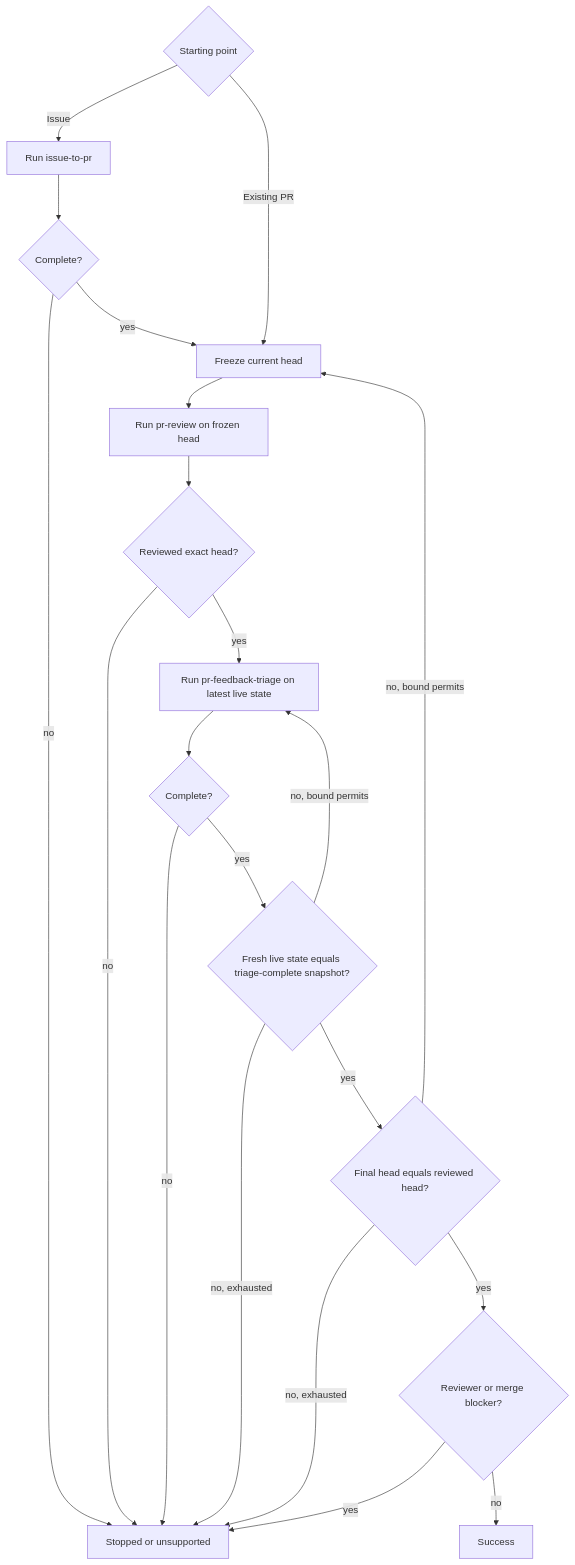
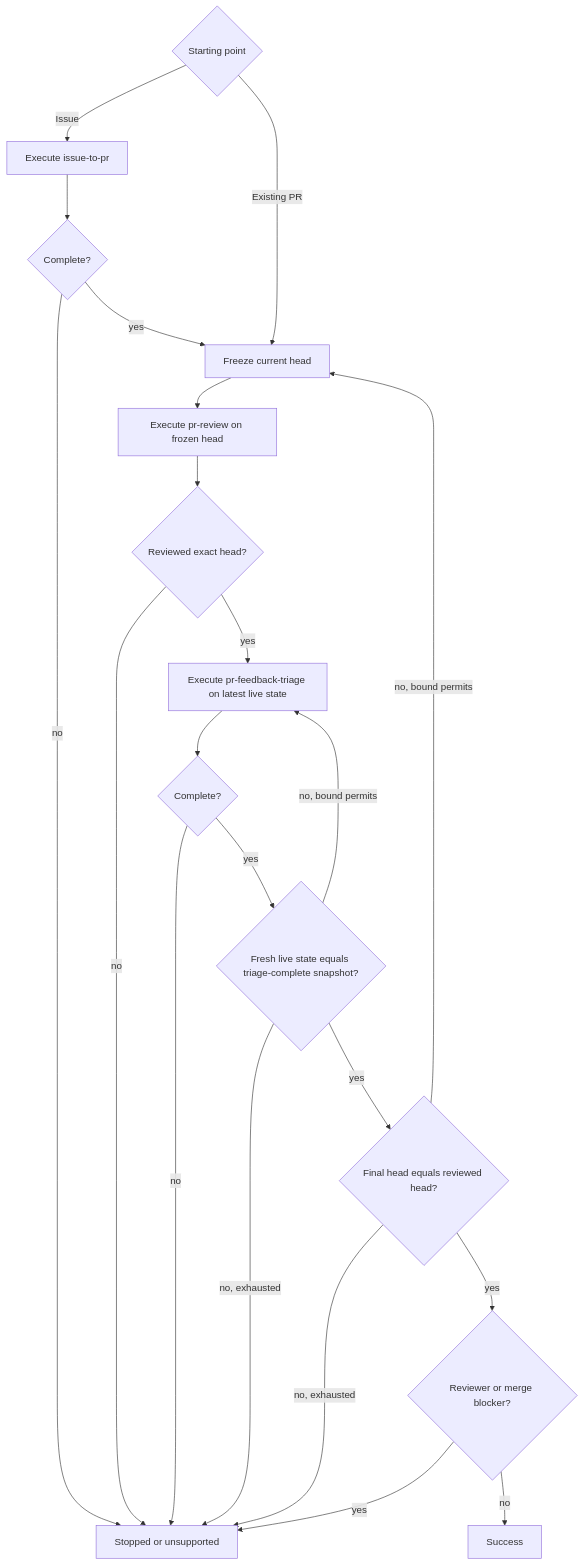
Before and after one commit to dceoy/pr-loop: the diagram in skills/pr-loop/SKILL.md, drawn with Mermaid. The commit also changed other lines of this file, not shown here.

````diff
--- a/skills/pr-loop/SKILL.md
+++ b/skills/pr-loop/SKILL.md
@@ -34,23 +35,23 @@
 ```mermaid
 flowchart TD
-  S{Starting point} -->|Issue| I[Run issue-to-pr]
+  S{Starting point} -->|Issue| I[Execute issue-to-pr]
   S -->|Existing PR| A[Freeze current head]
   I --> J{Complete?}
   J -->|no| X[Stopped or unsupported]
   J -->|yes| A
-  A --> B[Run pr-review on frozen head]
+  A --> B[Execute pr-review on frozen head]
   B --> C{Reviewed exact head?}
   C -->|no| X
-  C -->|yes| D[Run pr-feedback-triage on latest live state]
+  C -->|yes| D[Execute pr-feedback-triage on latest live state]
   D --> E{Complete?}
   E -->|no| X
   E -->|yes| F{Fresh live state equals triage-complete snapshot?}
   F -->|no, bound permits| D
   F -->|no, exhausted| X
   F -->|yes| G{Final head equals reviewed head?}
   G -->|no, bound permits| A
   G -->|no, exhausted| X
   G -->|yes| H{Reviewer or merge blocker?}
   H -->|yes| X
   H -->|no| Y[Success]
 ```
````
